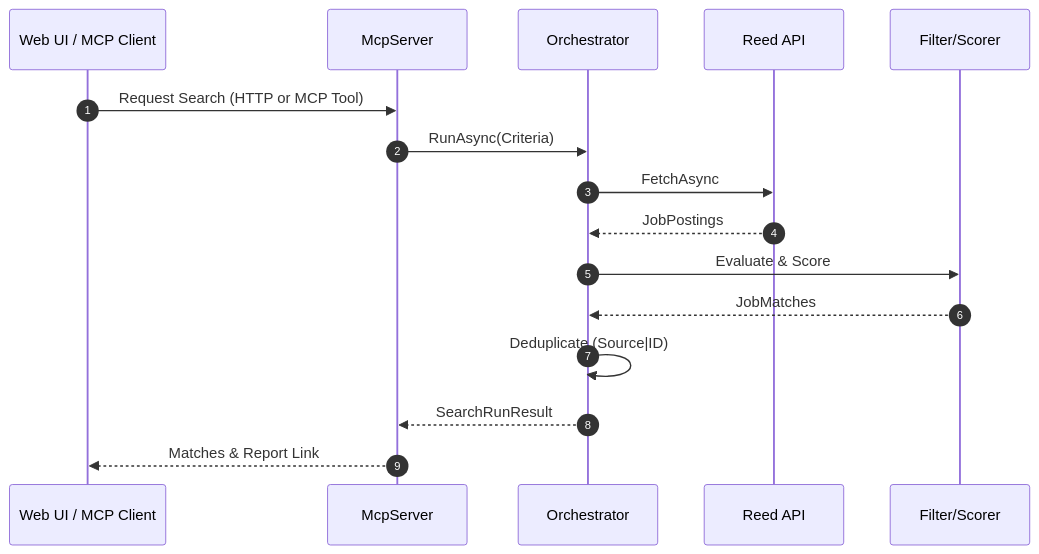
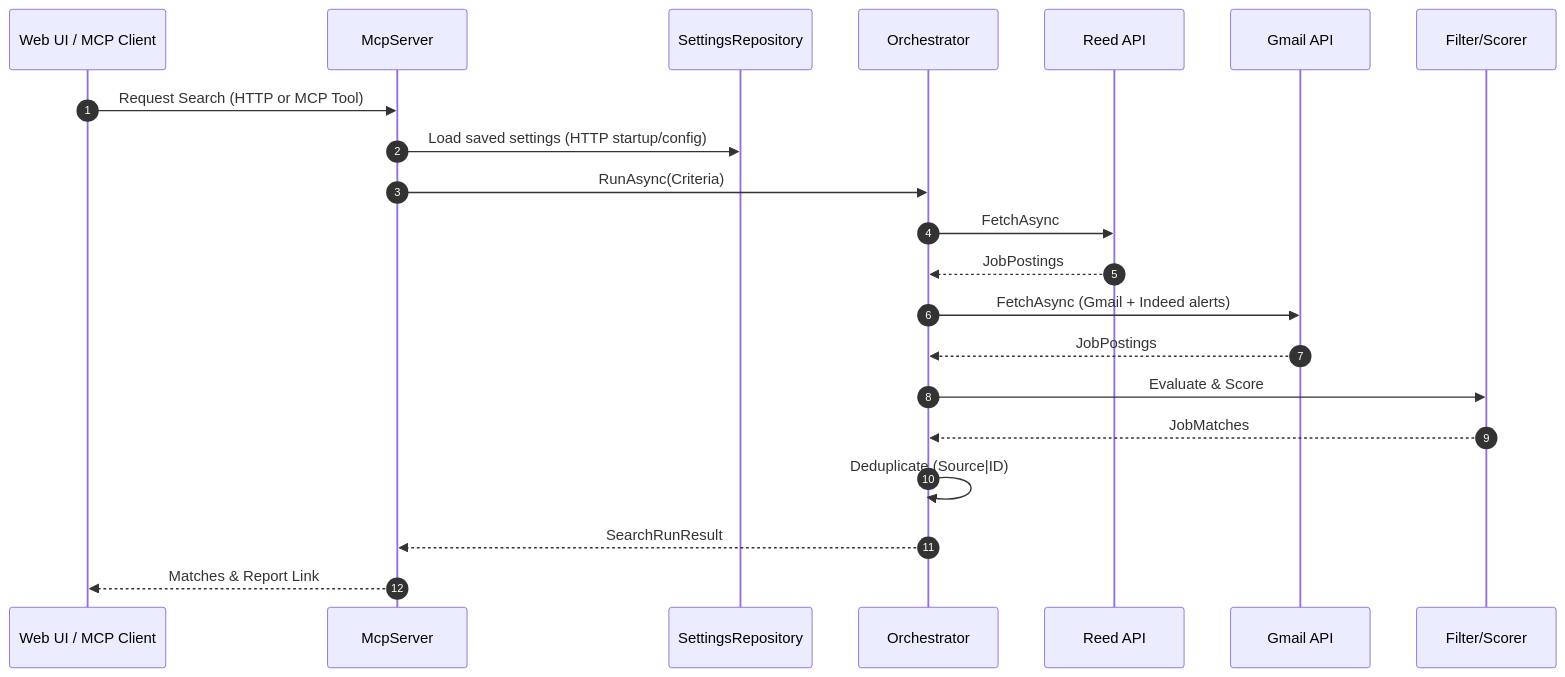
The fifth of 6 diagrams in docs/job-search-agent-architecture.md (ekanatha-urivakili/AiJobSearchAgent), drawn with Mermaid before and after one commit. The commit also changed other lines of this file and 19 other files, not shown here.

````diff
--- a/docs/job-search-agent-architecture.md
+++ b/docs/job-search-agent-architecture.md
@@ -162,19 +194,24 @@
 ```mermaid
 sequenceDiagram
     autonumber
     participant Client as Web UI / MCP Client
     participant Server as McpServer
+    participant Settings as SettingsRepository
     participant Orchestrator
-    participant Source as Reed API
+    participant Reed as Reed API
+    participant Gmail as Gmail API
     participant Scorer as Filter/Scorer
 
     Client->>Server: Request Search (HTTP or MCP Tool)
+    Server->>Settings: Load saved settings (HTTP startup/config)
     Server->>Orchestrator: RunAsync(Criteria)
-    Orchestrator->>Source: FetchAsync
-    Source-->>Orchestrator: JobPostings
+    Orchestrator->>Reed: FetchAsync
+    Reed-->>Orchestrator: JobPostings
+    Orchestrator->>Gmail: FetchAsync (Gmail + Indeed alerts)
+    Gmail-->>Orchestrator: JobPostings
     Orchestrator->>Scorer: Evaluate & Score
     Scorer-->>Orchestrator: JobMatches
     Orchestrator->>Orchestrator: Deduplicate (Source|ID)
     Orchestrator-->>Server: SearchRunResult
     Server-->>Client: Matches & Report Link
 ```
````
